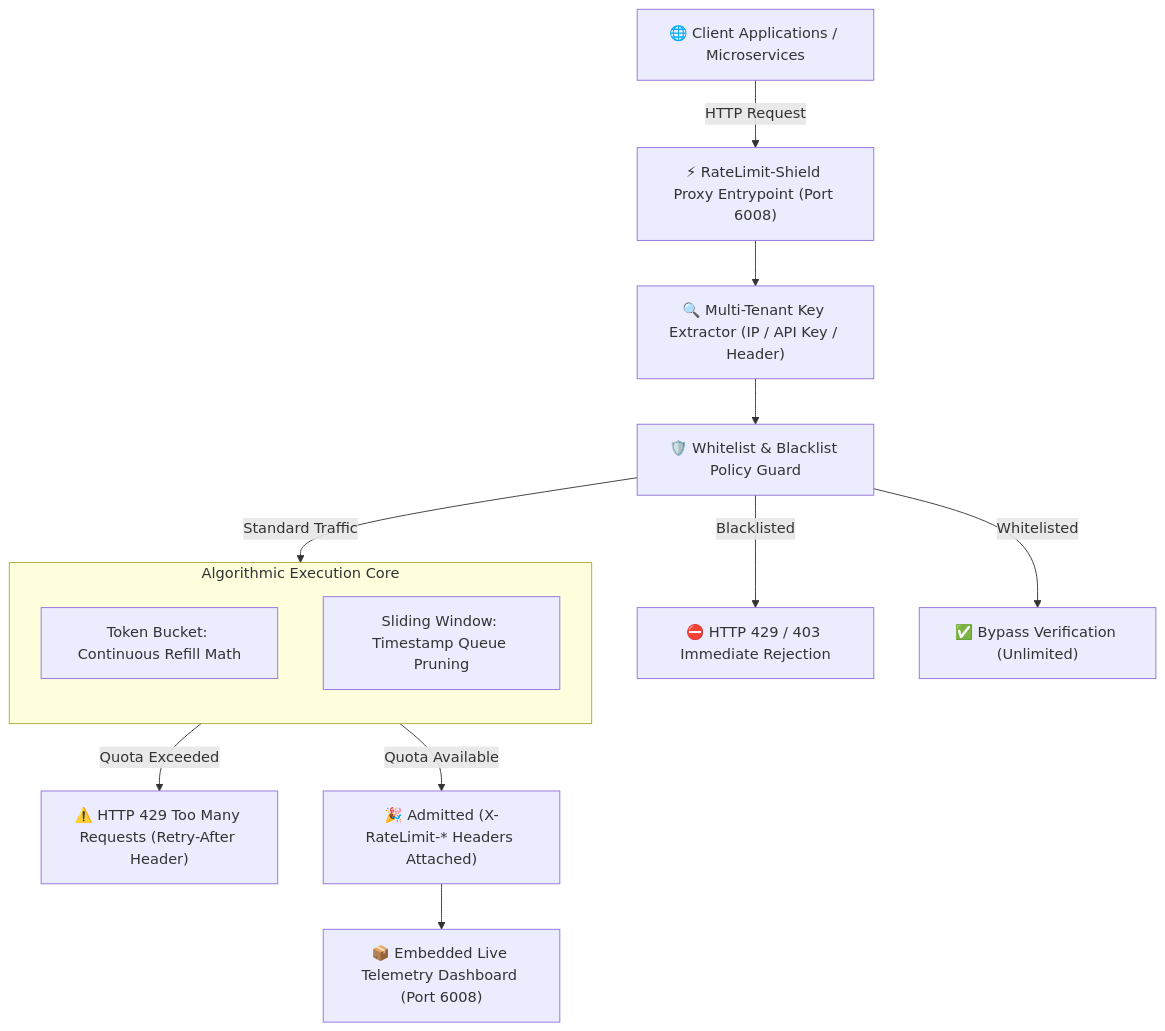
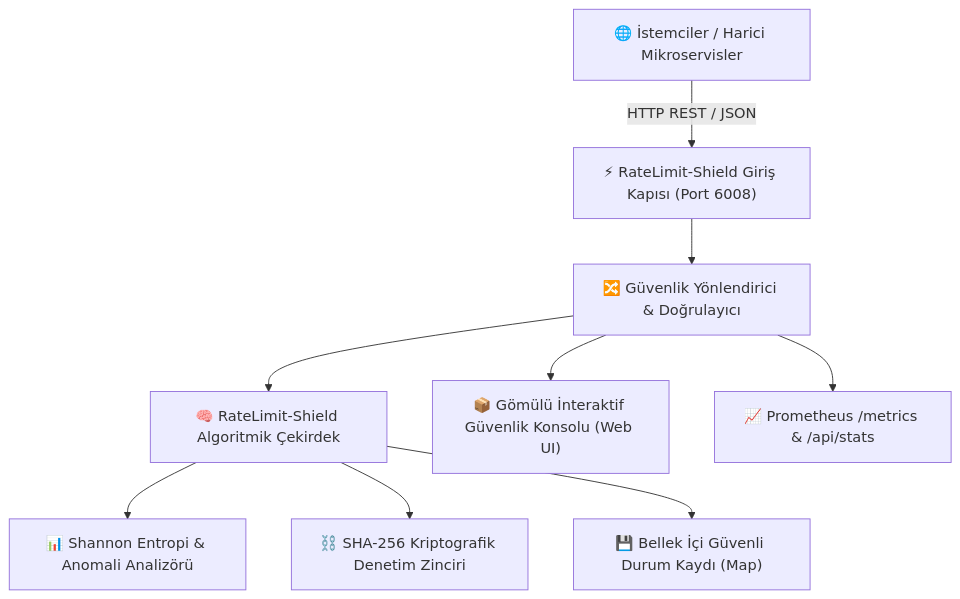
One commit to alinurettin/RateLimit-Shield changed the diagram in README.md. Above: the diagram before and after it, drawn with Mermaid. The commit also changed other lines of this file and 3 other files, not shown here.

````diff
--- a/README.md
+++ b/README.md
@@ -22,20 +53,11 @@
 ```mermaid
 flowchart TD
-    Client["🌐 Client Applications / Microservices"] -->|HTTP Request| Gateway["⚡ RateLimit-Shield Proxy Entrypoint (Port 6008)"]
-    Gateway --> Identifier["🔍 Multi-Tenant Key Extractor (IP / API Key / Header)"]
-    Identifier --> Filter["🛡️ Whitelist & Blacklist Policy Guard"]
-    Filter -->|Blacklisted| Drop["⛔ HTTP 429 / 403 Immediate Rejection"]
-    Filter -->|Whitelisted| Pass["✅ Bypass Verification (Unlimited)"]
-    Filter -->|Standard Traffic| Engine["🧠 Dual-Algorithm Rate Limiting Engine"]
-    
-    subgraph Engine["Algorithmic Execution Core"]
-        direction TB
-        TB["Token Bucket: Continuous Refill Math"]
-        SW["Sliding Window: Timestamp Queue Pruning"]
-    end
-    
-    Engine -->|Quota Exceeded| Throttle["⚠️ HTTP 429 Too Many Requests (Retry-After Header)"]
-    Engine -->|Quota Available| Admitted["🎉 Admitted (X-RateLimit-* Headers Attached)"]
-    
-    Admitted --> UI["📦 Embedded Live Telemetry Dashboard (Port 6008)"]
+    Client["🌐 İstemciler / Harici Mikroservisler"] -->|HTTP REST / JSON| Entrypoint["⚡ RateLimit-Shield Giriş Kapısı (Port 6008)"]
+    Entrypoint --> Dispatcher["🔀 Güvenlik Yönlendirici & Doğrulayıcı"]
+    Dispatcher --> CoreEngine["🧠 RateLimit-Shield Algoritmik Çekirdek"]
+    CoreEngine --> Entropy["📊 Shannon Entropi & Anomali Analizörü"]
+    CoreEngine --> HashChain["⛓️ SHA-256 Kriptografik Denetim Zinciri"]
+    CoreEngine --> Storage["💾 Bellek İçi Güvenli Durum Kaydı (Map)"]
+    Dispatcher --> WebUI["📦 Gömülü İnteraktif Güvenlik Konsolu (Web UI)"]
+    Dispatcher --> Telemetry["📈 Prometheus /metrics & /api/stats"]
 ```
````
